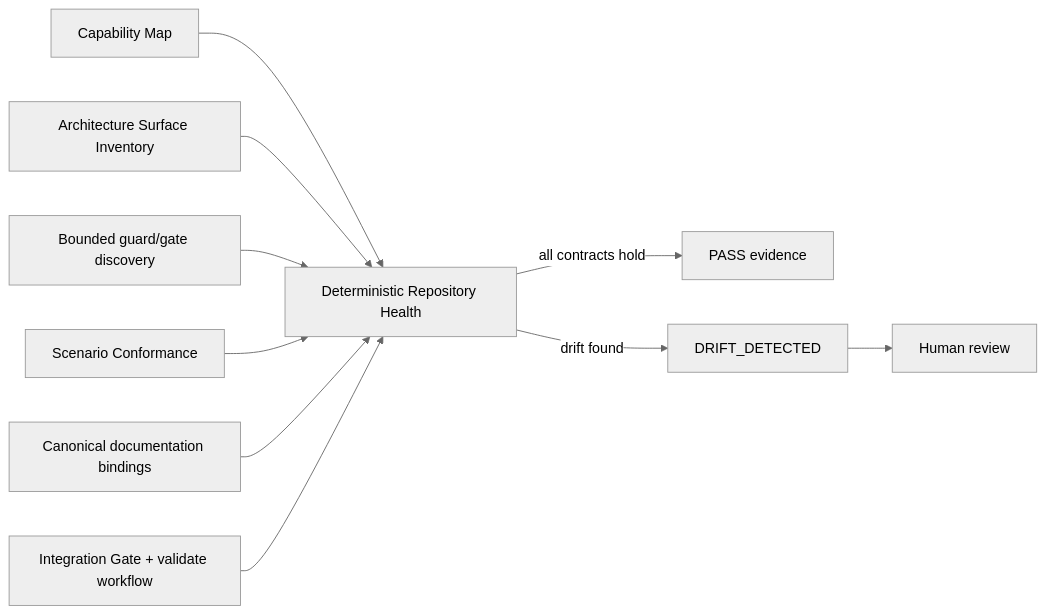
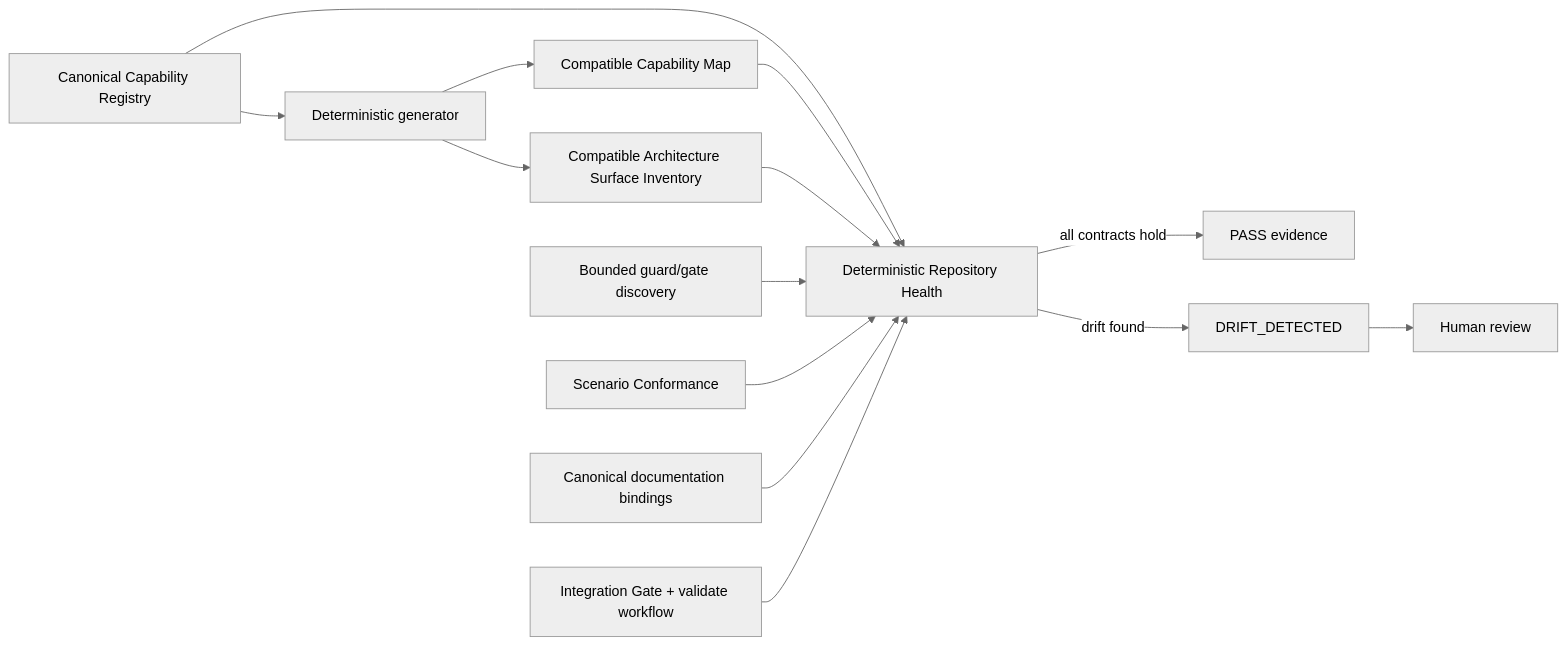
Before and after one commit to LucasLu3918/ai-product-system: diagram 41 of 45 in docs/ARCHITECTURE.md, drawn with Mermaid (neutral theme). The commit also changed other lines of this file and 79 other files, not shown here.

Commit message:
feat: implement plan19 architecture and runtime closure

```diff
--- a/docs/ARCHITECTURE.md
+++ b/docs/ARCHITECTURE.md
@@ -953,12 +953,16 @@
 ~~~mermaid
 flowchart LR
-    CM[Capability Map] --> RH[Deterministic Repository Health]
-    ASI[Architecture Surface Inventory] --> RH
+    CR[Canonical Capability Registry] --> GEN[Deterministic generator]
+    GEN --> CM[Compatible Capability Map]
+    GEN --> ASI[Compatible Architecture Surface Inventory]
+    CR --> RH[Deterministic Repository Health]
+    CM --> RH
+    ASI --> RH
     GD[Bounded guard/gate discovery] --> RH
     SC[Scenario Conformance] --> RH
     DOC[Canonical documentation bindings] --> RH
     IG[Integration Gate + validate workflow] --> RH
     RH -->|all contracts hold| PASS[PASS evidence]
     RH -->|drift found| DRIFT[DRIFT_DETECTED]
     DRIFT --> HUMAN[Human review]
 ~~~
```
